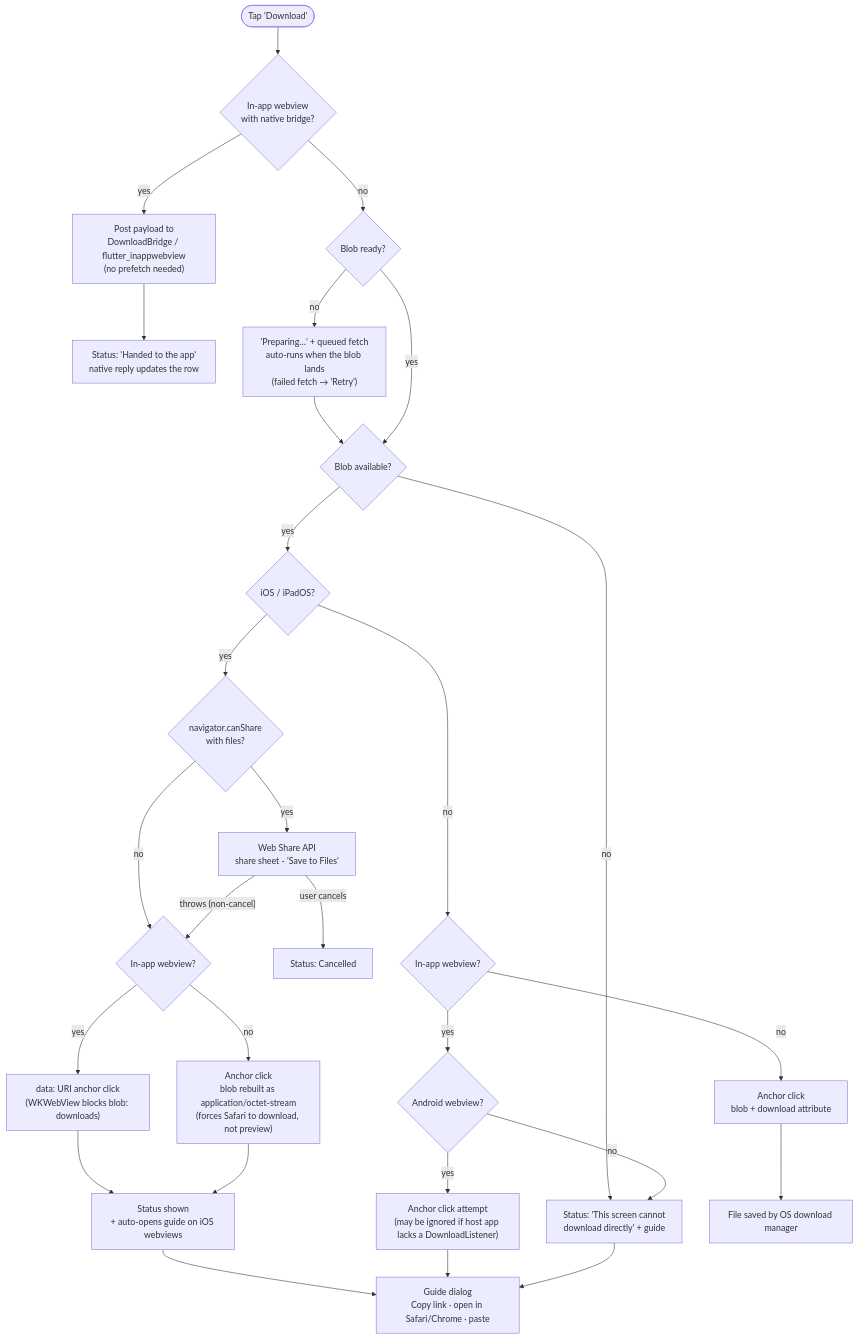
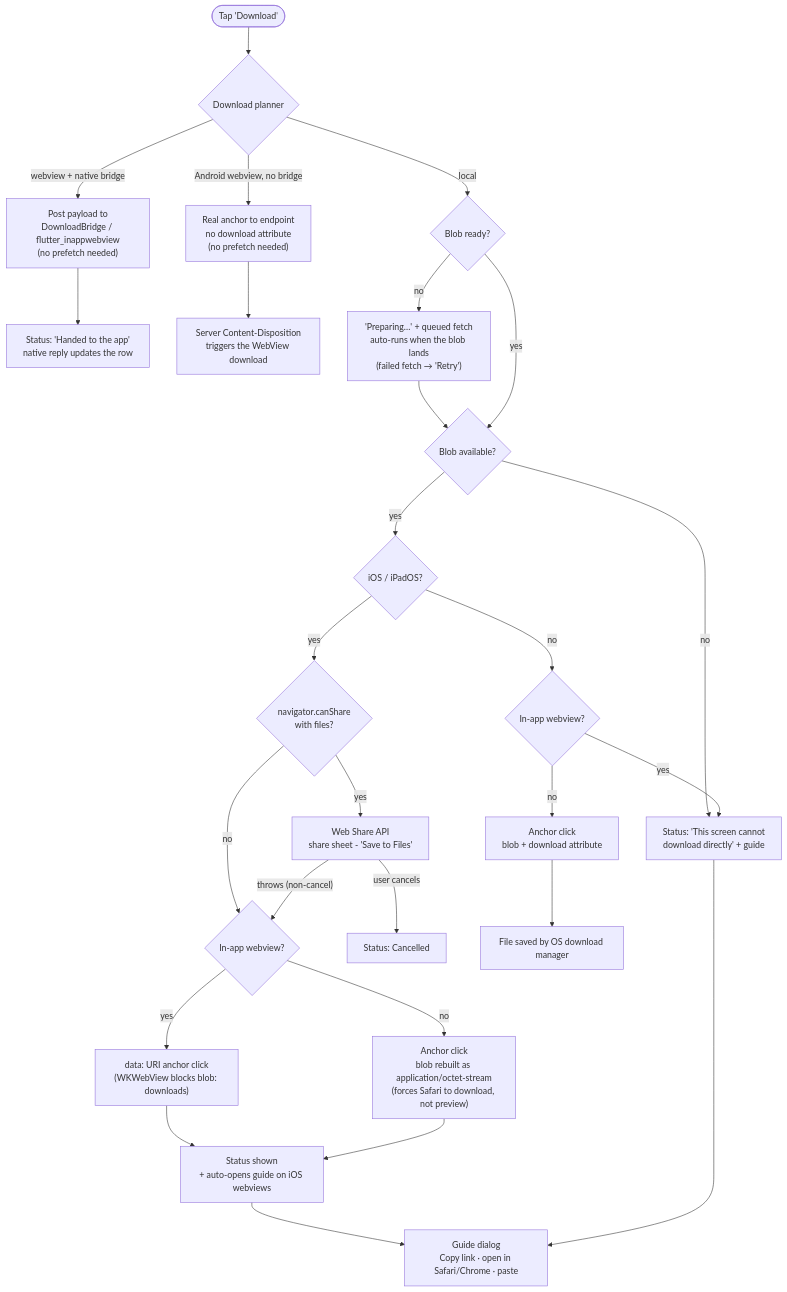
Before and after one commit to rakuya-khun/file-download-ios-simulation: the second of 5 diagrams in docs/download-flow.md, drawn with Mermaid. The commit also changed other lines of this file and 11 other files, not shown here.

First line of the commit message:
fix: use server attachment downloads on Android webviews

````diff
--- a/docs/download-flow.md
+++ b/docs/download-flow.md
@@ -38,39 +40,39 @@
 ```mermaid
 flowchart TD
-    Start(["Tap 'Download'"]) --> BridgeAvail{"In-app webview<br/>with native bridge?"}
-    BridgeAvail -- "yes" --> BridgePost["Post payload to<br/>DownloadBridge / flutter_inappwebview<br/>(no prefetch needed)"]
+    Start(["Tap 'Download'"]) --> Planner{"Download planner"}
+    Planner -- "webview + native bridge" --> BridgePost["Post payload to<br/>DownloadBridge / flutter_inappwebview<br/>(no prefetch needed)"]
     BridgePost --> BridgeStatus["Status: 'Handed to the app'<br/>native reply updates the row"]
 
-    BridgeAvail -- "no" --> Ready{"Blob ready?"}
+    Planner -- "Android webview, no bridge" --> ServerAnchor["Real anchor to endpoint<br/>no download attribute<br/>(no prefetch needed)"]
+    ServerAnchor --> ServerSaved["Server Content-Disposition<br/>triggers the WebView download"]
+
+    Planner -- "local" --> Ready{"Blob ready?"}
     Ready -- "no" --> Preparing["'Preparing…' + queued fetch<br/>auto-runs when the blob lands<br/>(failed fetch → 'Retry')"]
     Preparing --> Ready2{"Blob available?"}
     Ready -- "yes" --> Ready2
 
     Ready2 -- "no" --> GuideOnly["Status: 'This screen cannot<br/>download directly' + guide"]
     Ready2 -- "yes" --> IOS{"iOS / iPadOS?"}
 
     IOS -- "yes" --> CanShare{"navigator.canShare<br/>with files?"}
     CanShare -- "yes" --> Share["Web Share API<br/>share sheet - 'Save to Files'"]
     CanShare -- "no" --> IOSWV{"In-app webview?"}
     Share -- "user cancels" --> Cancelled["Status: Cancelled"]
     Share -- "throws (non-cancel)" --> IOSWV
 
     IOSWV -- "yes" --> DataURI["data: URI anchor click<br/>(WKWebView blocks blob: downloads)"]
     IOSWV -- "no" --> Octet["Anchor click<br/>blob rebuilt as application/octet-stream<br/>(forces Safari to download, not preview)"]
 
     IOS -- "no" --> WV{"In-app webview?"}
     WV -- "no" --> Anchor["Anchor click<br/>blob + download attribute"]
-    WV -- "yes" --> Android{"Android webview?"}
-    Android -- "yes" --> AnchorWV["Anchor click attempt<br/>(may be ignored if host app lacks a DownloadListener)"]
-    Android -- "no" --> GuideOnly
+    WV -- "yes" --> GuideOnly
 
     DataURI --> Uncertain["Status shown<br/>+ auto-opens guide on iOS webviews"]
     Octet --> Uncertain
     Uncertain --> Guide
-    AnchorWV --> Guide
     GuideOnly --> Guide
 
     Anchor --> Saved["File saved by OS download manager"]
 
     Guide["Guide dialog<br/>Copy link · open in Safari/Chrome · paste"]
 ```
````
